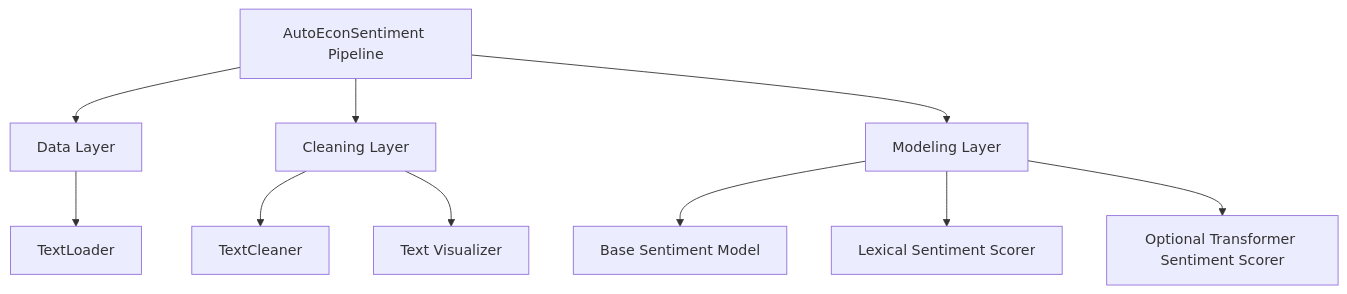
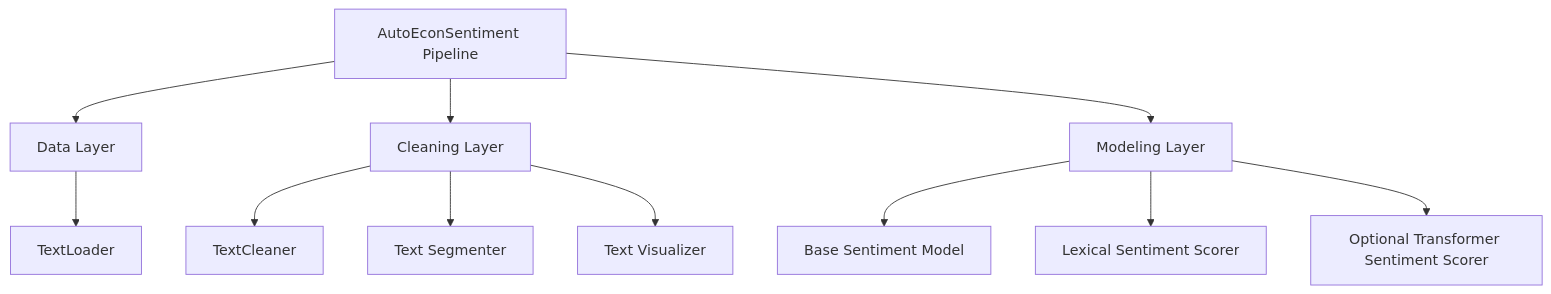
One commit to corybaird/auto-econ-sentiment changed the second of 2 diagrams in docs/architecture.md. Above: the diagram before and after it, drawn with Mermaid. The commit also changed other lines of this file and 1 other file, not shown here.

Commit message:
DOCS update architecture and data outputs for v0.3.0

````diff
--- a/docs/architecture.md
+++ b/docs/architecture.md
@@ -33,15 +33,16 @@
 ```mermaid
 graph TD
     Pipeline[AutoEconSentiment Pipeline] --> DataLayer[Data Layer]
     Pipeline --> CleanLayer[Cleaning Layer]
     Pipeline --> ModelLayer[Modeling Layer]
 
     DataLayer --> TextLoader
     
     CleanLayer --> TextCleaner
+    CleanLayer --> TextSegmenter[Text Segmenter]
     CleanLayer --> TextViz[Text Visualizer]
 
     ModelLayer --> SentimentBase[Base Sentiment Model]
     ModelLayer --> SentimentLexical[Lexical Sentiment Scorer]
     ModelLayer --> SentimentTransformers[Optional Transformer Sentiment Scorer]
 ```
````
